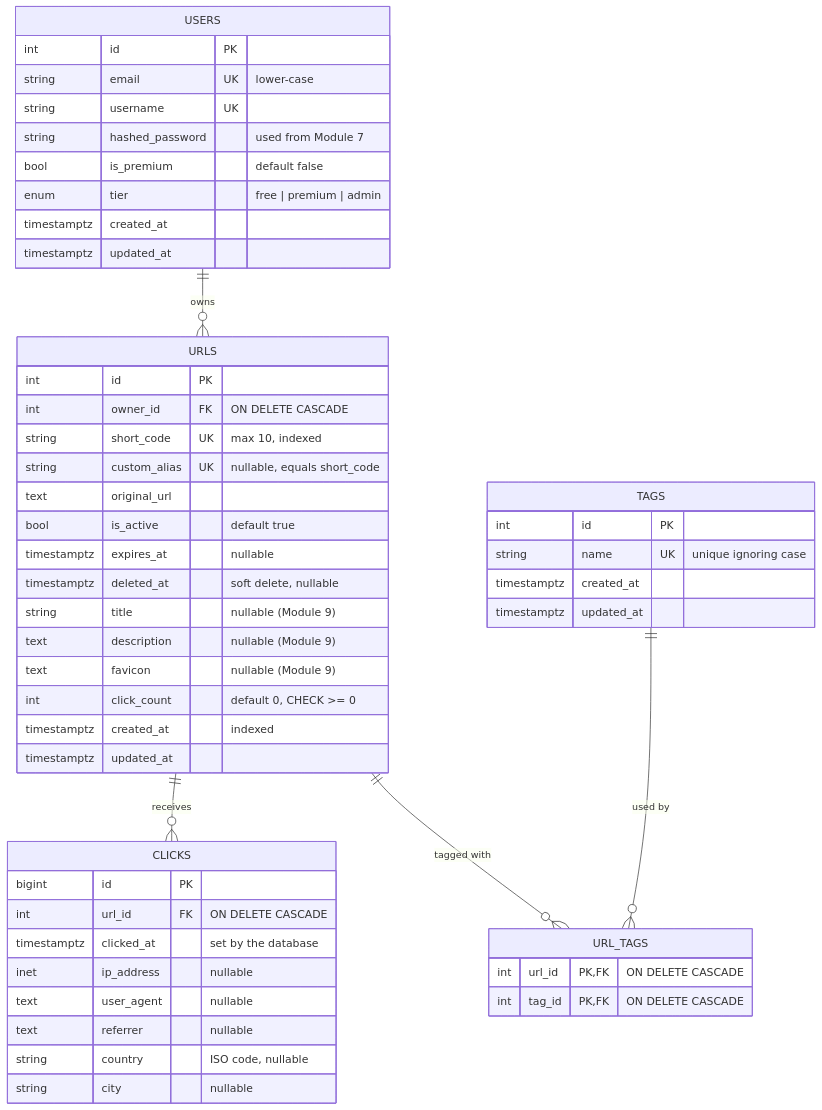
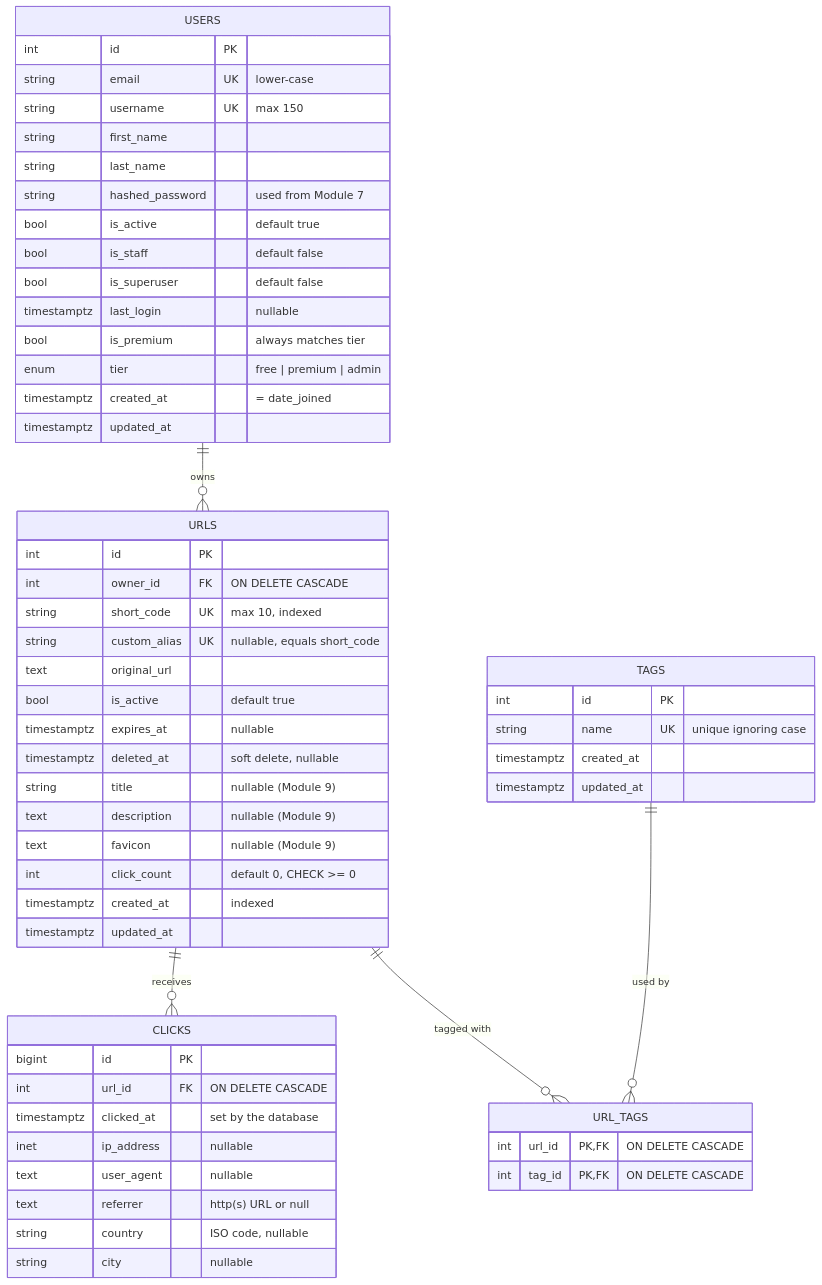
One commit to Aline-CROIRE/url-shortener-fastapi changed the second of 2 diagrams in README.md. Above: the diagram before and after it, drawn with Mermaid. The commit also changed other lines of this file, not shown here.

Commit message:
docs: document AbstractUser fields, tier labels, manager and trailing-slash paths

````diff
--- a/README.md
+++ b/README.md
@@ -97,54 +99,60 @@
 ```mermaid
 erDiagram
     USERS ||--o{ URLS : owns
     URLS ||--o{ CLICKS : receives
     URLS ||--o{ URL_TAGS : "tagged with"
     TAGS ||--o{ URL_TAGS : "used by"
 
     USERS {
         int id PK
         string email UK "lower-case"
-        string username UK
+        string username UK "max 150"
+        string first_name
+        string last_name
         string hashed_password "used from Module 7"
-        bool is_premium "default false"
+        bool is_active "default true"
+        bool is_staff "default false"
+        bool is_superuser "default false"
+        timestamptz last_login "nullable"
+        bool is_premium "always matches tier"
         enum tier "free | premium | admin"
-        timestamptz created_at
+        timestamptz created_at "= date_joined"
         timestamptz updated_at
     }
     URLS {
         int id PK
         int owner_id FK "ON DELETE CASCADE"
         string short_code UK "max 10, indexed"
         string custom_alias UK "nullable, equals short_code"
         text original_url
         bool is_active "default true"
         timestamptz expires_at "nullable"
         timestamptz deleted_at "soft delete, nullable"
         string title "nullable (Module 9)"
         text description "nullable (Module 9)"
         text favicon "nullable (Module 9)"
         int click_count "default 0, CHECK >= 0"
         timestamptz created_at "indexed"
         timestamptz updated_at
     }
     CLICKS {
         bigint id PK
         int url_id FK "ON DELETE CASCADE"
         timestamptz clicked_at "set by the database"
         inet ip_address "nullable"
         text user_agent "nullable"
-        text referrer "nullable"
+        text referrer "http(s) URL or null"
         string country "ISO code, nullable"
         string city "nullable"
     }
     TAGS {
         int id PK
         string name UK "unique ignoring case"
         timestamptz created_at
         timestamptz updated_at
     }
     URL_TAGS {
         int url_id PK,FK "ON DELETE CASCADE"
         int tag_id PK,FK "ON DELETE CASCADE"
     }
 ```
````
